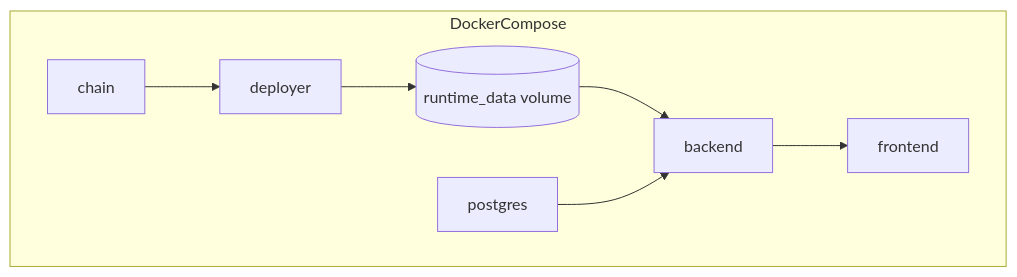
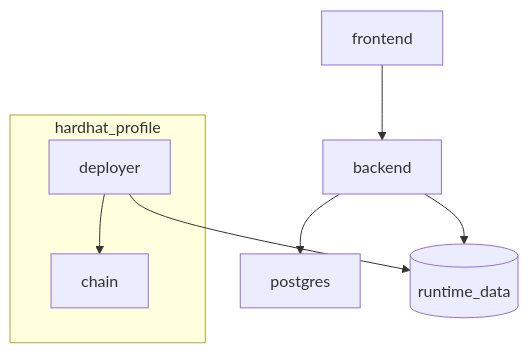
One commit to ahmedelbamby-aast/ScholarshipDisbursement changed the second of 3 diagrams in docs/cross-interactions.md. Above: the diagram before and after it, drawn with Mermaid. The commit also changed other lines of this file and 60 other files, not shown here.

````diff
--- a/docs/cross-interactions.md
+++ b/docs/cross-interactions.md
@@ -30,17 +29,13 @@
 ```mermaid
 flowchart TD
-  subgraph DockerCompose
-    PG[postgres]
-    CH[chain]
-    DP[deployer]
-    BE[backend]
-    FE[frontend]
-    RV[(runtime_data volume)]
+  subgraph hardhat_profile
+    Chain[chain]
+    Deployer[deployer]
   end
 
-  CH --> DP
-  DP --> RV
-  RV --> BE
-  PG --> BE
-  BE --> FE
+  Backend[backend] --> Postgres[postgres]
+  Frontend[frontend] --> Backend
+  Deployer --> Chain
+  Deployer --> Runtime[(runtime_data)]
+  Backend --> Runtime
 ```
````
